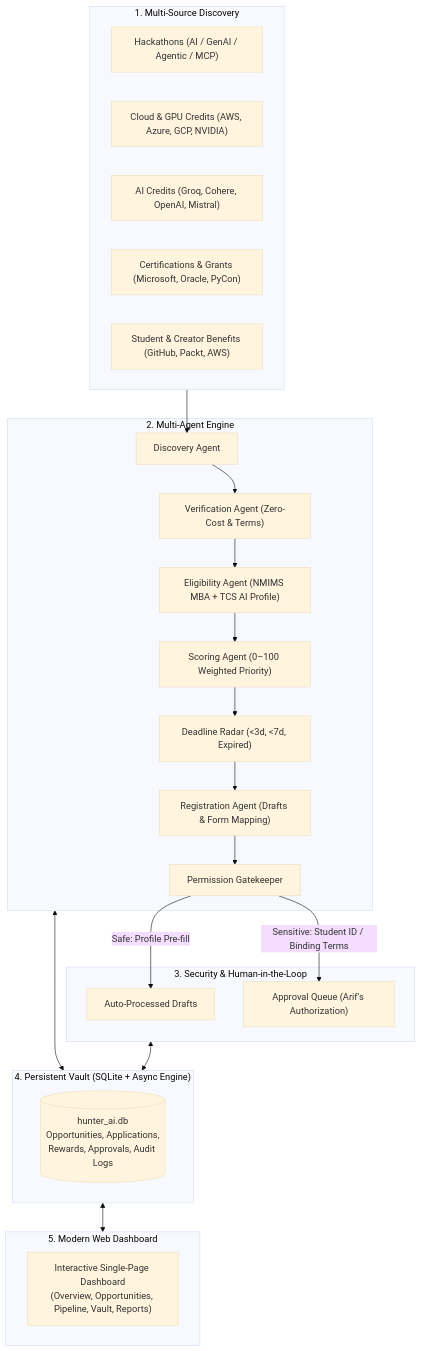
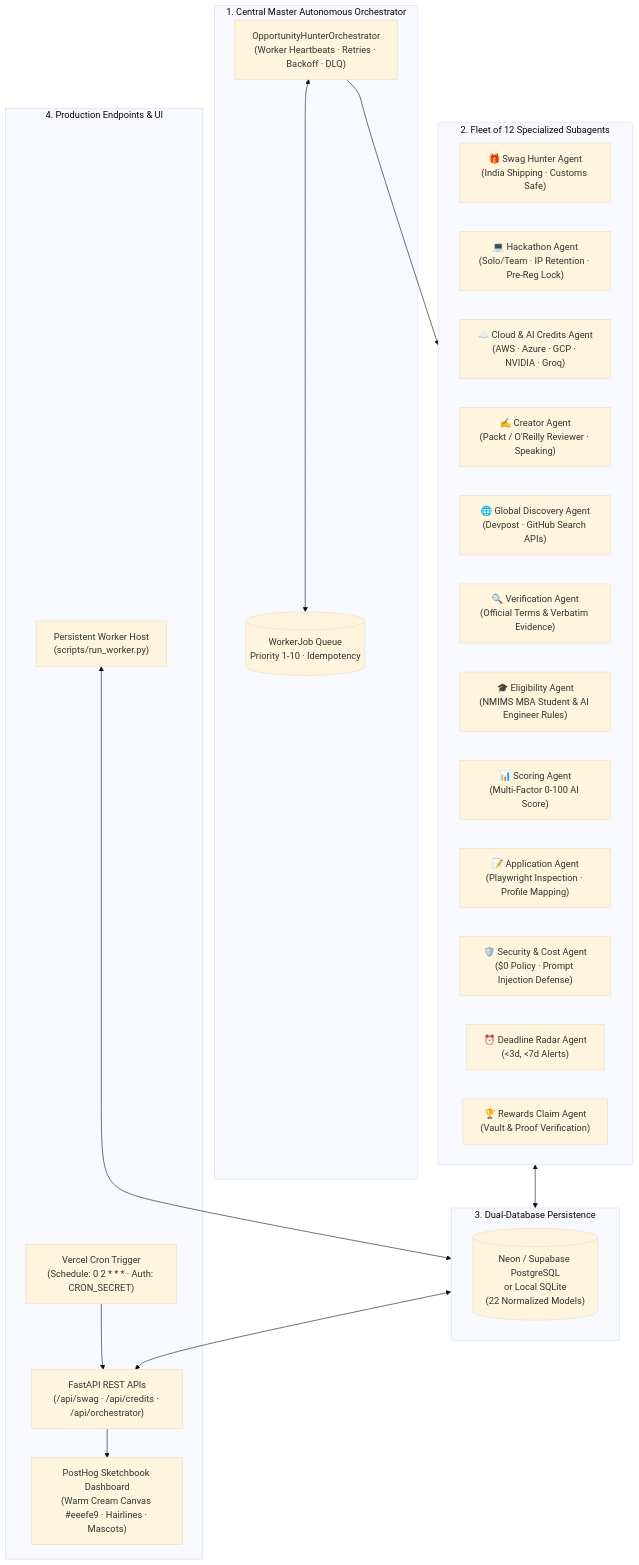
Before and after one commit to iamarifalam/opportunity-hunter-ai: the diagram in README.md, drawn with Mermaid (base theme). The commit also changed other lines of this file, not shown here.

Commit message:
docs: complete production documentation with architecture diagram, swag engine, dual-database and Vercel guide

````diff
--- a/README.md
+++ b/README.md
@@ -16,37 +17,41 @@
 ```mermaid
 flowchart TD
-    subgraph Sources["1. Multi-Source Discovery"]
-        S1["Hackathons (AI / GenAI / Agentic / MCP)"]
-        S2["Cloud & GPU Credits (AWS, Azure, GCP, NVIDIA)"]
-        S3["AI Credits (Groq, Cohere, OpenAI, Mistral)"]
-        S4["Certifications & Grants (Microsoft, Oracle, PyCon)"]
-        S5["Student & Creator Benefits (GitHub, Packt, AWS)"]
+    subgraph Master["1. Central Master Autonomous Orchestrator"]
+        ORCH["OpportunityHunterOrchestrator\n(Worker Heartbeats · Retries · Backoff · DLQ)"]
+        QUEUE[("WorkerJob Queue\nPriority 1-10 · Idempotency")]
     end
 
-    subgraph Agents["2. Multi-Agent Engine"]
-        DA["Discovery Agent"] --> VA["Verification Agent (Zero-Cost & Terms)"]
-        VA --> EA["Eligibility Agent (NMIMS MBA + TCS AI Profile)"]
-        EA --> SA["Scoring Agent (0–100 Weighted Priority)"]
-        SA --> DLA["Deadline Radar (<3d, <7d, Expired)"]
-        DLA --> RA["Registration Agent (Drafts & Form Mapping)"]
-        RA --> GA["Permission Gatekeeper"]
+    subgraph Fleet["2. Fleet of 12 Specialized Subagents"]
+        SWAG["🎁 Swag Hunter Agent\n(India Shipping · Customs Safe)"]
+        HACK["💻 Hackathon Agent\n(Solo/Team · IP Retention · Pre-Reg Lock)"]
+        CRED["☁️ Cloud & AI Credits Agent\n(AWS · Azure · GCP · NVIDIA · Groq)"]
+        CREA["✍️ Creator Agent\n(Packt / O'Reilly Reviewer · Speaking)"]
+        DISC["🌐 Global Discovery Agent\n(Devpost · GitHub Search APIs)"]
+        VERI["🔍 Verification Agent\n(Official Terms & Verbatim Evidence)"]
+        ELIG["🎓 Eligibility Agent\n(NMIMS MBA Student & AI Engineer Rules)"]
+        SCOR["📊 Scoring Agent\n(Multi-Factor 0-100 AI Score)"]
+        APPL["📝 Application Agent\n(Playwright Inspection · Profile Mapping)"]
+        SECU["🛡️ Security & Cost Agent\n($0 Policy · Prompt Injection Defense)"]
+        DEAD["⏰ Deadline Radar Agent\n(<3d, <7d Alerts)"]
+        REWA["🏆 Rewards Claim Agent\n(Vault & Proof Verification)"]
     end
 
-    subgraph Security["3. Security & Human-in-the-Loop"]
-        GA -->|Safe: Profile Pre-fill| AUTO["Auto-Processed Drafts"]
-        GA -->|Sensitive: Student ID / Binding Terms| QUEUE["Approval Queue (Arif's Authorization)"]
+    subgraph Database["3. Dual-Database Persistence"]
+        DB[("Neon / Supabase PostgreSQL\nor Local SQLite\n(22 Normalized Models)")]
     end
 
-    subgraph Persistence["4. Persistent Vault (SQLite + Async Engine)"]
-        DB[("hunter_ai.db\nOpportunities, Applications,\nRewards, Approvals, Audit Logs")]
+    subgraph Interfaces["4. Production Endpoints & UI"]
+        API["FastAPI REST APIs\n(/api/swag · /api/credits · /api/orchestrator)"]
+        CRON["Vercel Cron Trigger\n(Schedule: 0 2 * * * · Auth: CRON_SECRET)"]
+        WORKER["Persistent Worker Host\n(scripts/run_worker.py)"]
+        DASH["PostHog Sketchbook Dashboard\n(Warm Cream Canvas #eeefe9 · Hairlines · Mascots)"]
     end
 
-    subgraph UI["5. Modern Web Dashboard"]
-        DASH["Interactive Single-Page Dashboard\n(Overview, Opportunities, Pipeline, Vault, Reports)"]
-    end
-
-    Sources --> DA
-    Agents <--> Persistence
-    Security <--> Persistence
-    Persistence <--> UI
+    ORCH <--> QUEUE
+    ORCH --> Fleet
+    Fleet <--> Database
+    Database <--> API
+    API --> DASH
+    CRON --> API
+    WORKER <--> Database
 ```
````
